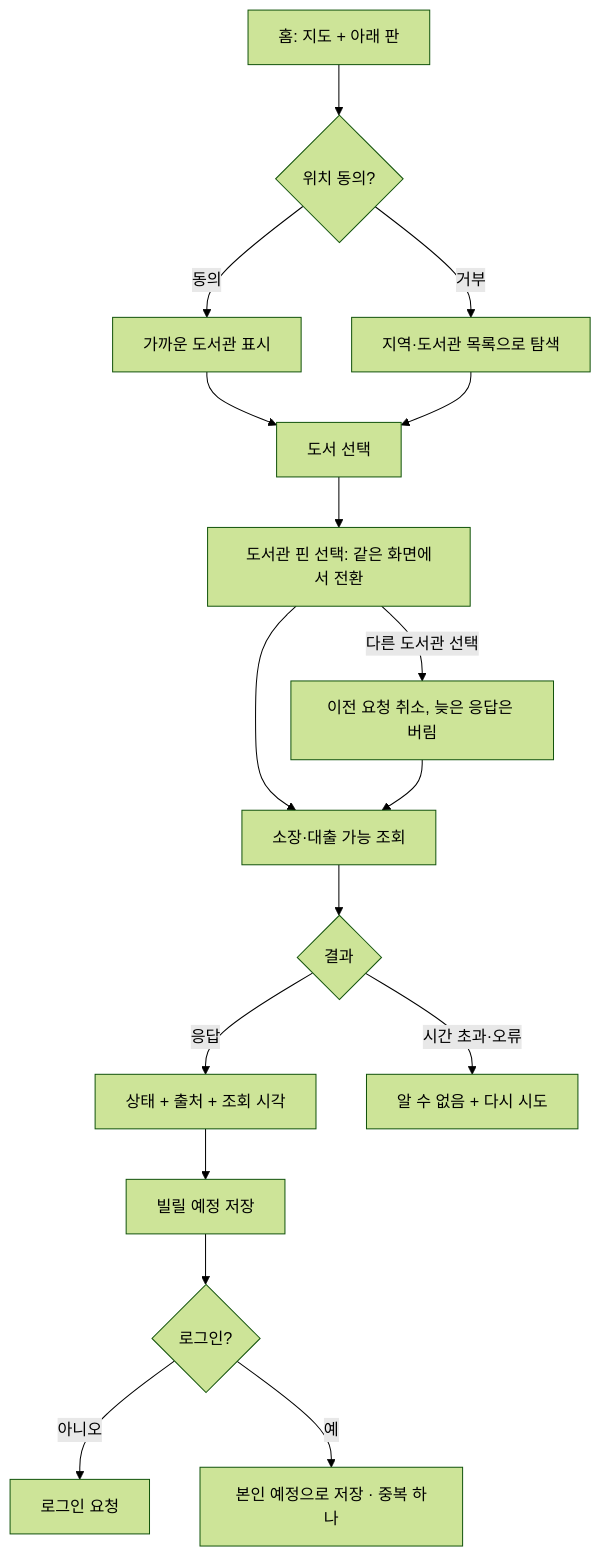
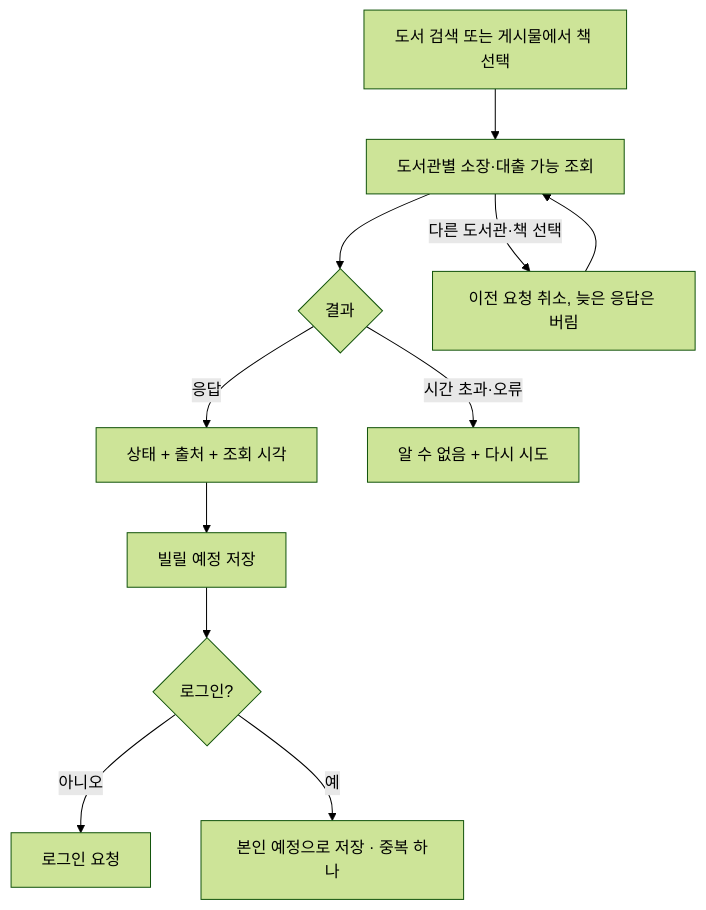
One commit to axteamc/localone changed the third of 7 diagrams in 개발산출물/유저_플로우.md. Above: the diagram before and after it, drawn with Mermaid (forest theme). The commit also changed other lines of this file and 12 other files, not shown here.

````diff
--- a/개발산출물/유저_플로우.md
+++ b/개발산출물/유저_플로우.md
@@ -25,19 +50,13 @@
 ```mermaid
 flowchart TD
-  S[홈: 지도 + 아래 판] --> P{위치 동의?}
-  P -- 동의 --> N[가까운 도서관 표시]
-  P -- 거부 --> R[지역·도서관 목록으로 탐색]
-  N --> B[도서 선택]
-  R --> B
-  B --> L[도서관 핀 선택: 같은 화면에서 전환]
-  L --> Q[소장·대출 가능 조회]
+  B[도서 검색 또는 게시물에서 책 선택] --> Q[도서관별 소장·대출 가능 조회]
   Q --> O{결과}
   O -- 응답 --> V[상태 + 출처 + 조회 시각]
   O -- 시간 초과·오류 --> U[알 수 없음 + 다시 시도]
-  L -- 다른 도서관 선택 --> X[이전 요청 취소, 늦은 응답은 버림]
+  Q -- 다른 도서관·책 선택 --> X[이전 요청 취소, 늦은 응답은 버림]
   X --> Q
   V --> W[빌릴 예정 저장]
   W --> M{로그인?}
   M -- 아니오 --> I[로그인 요청]
   M -- 예 --> Y[본인 예정으로 저장 · 중복 하나]
 ```
````
